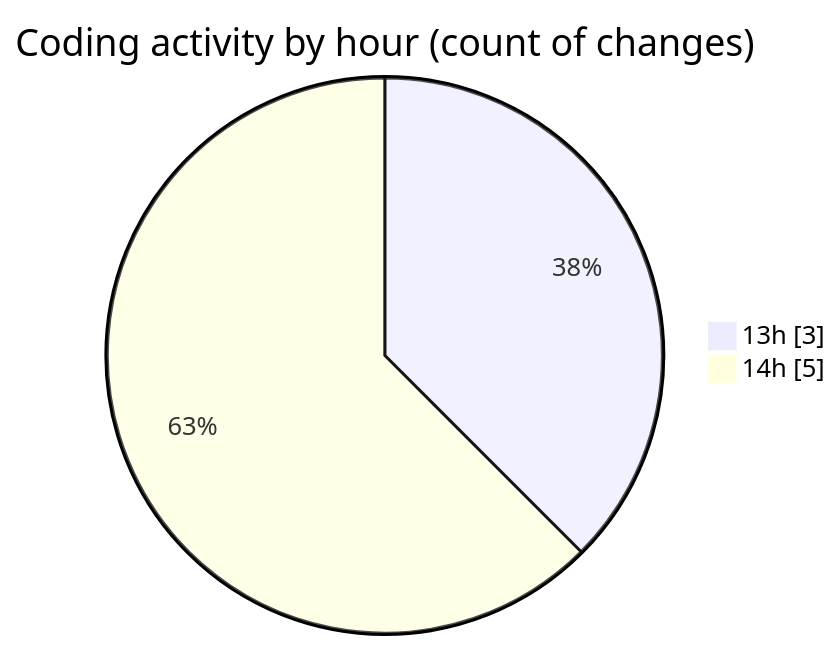
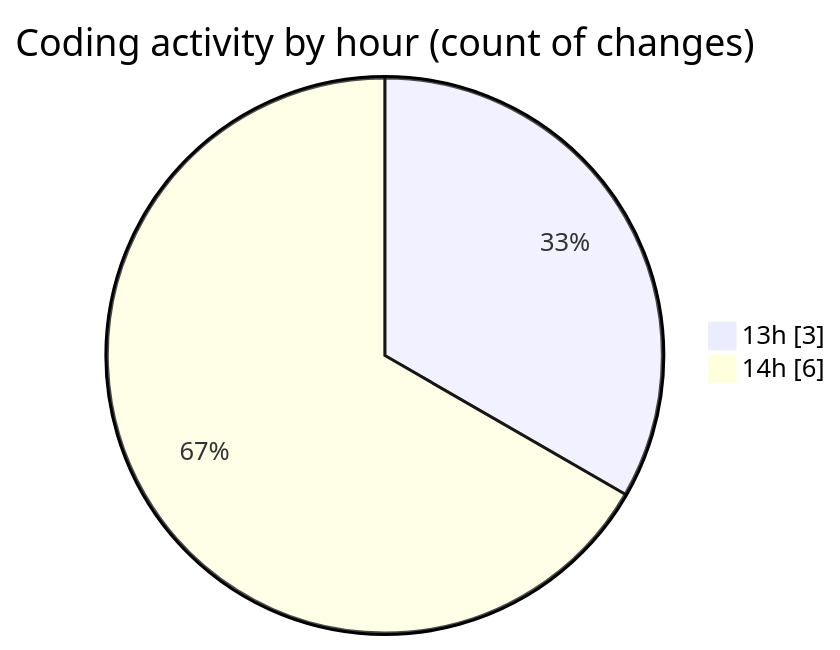
Before and after one commit to jcpc91/code-tracking: the second of 2 diagrams in 2025-05-19/cancelacionsegurosvida/README.md, drawn with Mermaid. The commit also changed other lines of this file and 1 other file, not shown here.

````diff
--- a/2025-05-19/cancelacionsegurosvida/README.md
+++ b/2025-05-19/cancelacionsegurosvida/README.md
@@ -32,6 +32,6 @@
 ```mermaid
 pie showData
 title Coding activity by hour (count of changes)
 "13h" : 3
-"14h" : 5
+"14h" : 6
 ```
````
